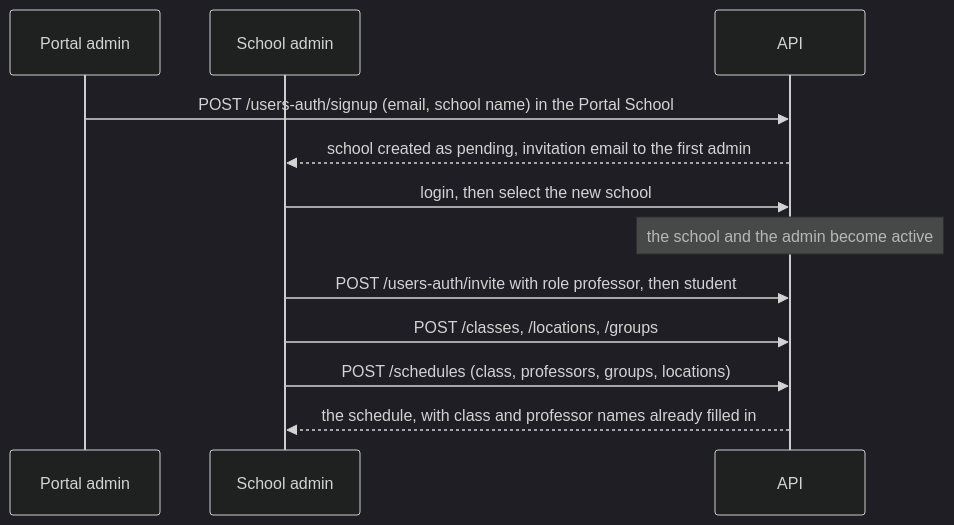
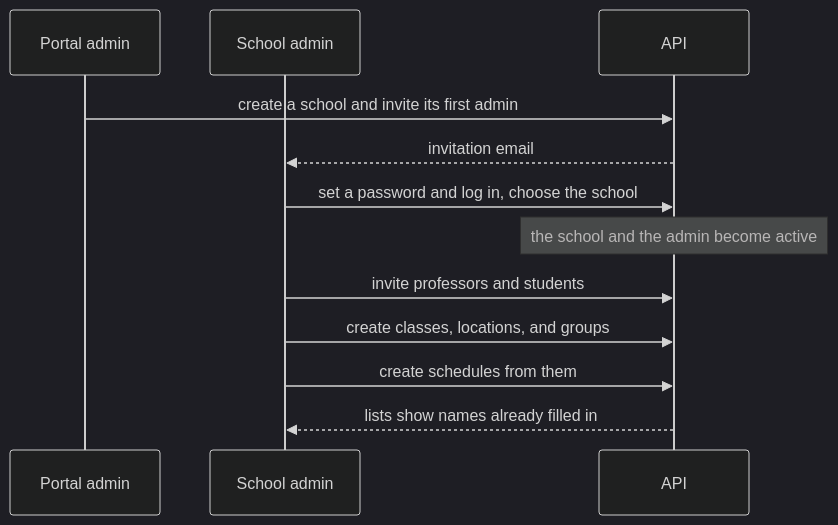
The eighth of 8 diagrams in README.md (herrcristi/small-nodejs-service), drawn with Mermaid (dark theme) before and after one commit. The commit also changed other lines of this file and 7 other files, not shown here.

````diff
--- a/README.md
+++ b/README.md
@@ -547,14 +217,14 @@
 ```mermaid
 sequenceDiagram
   participant PA as Portal admin
   participant AD as School admin
   participant API as API
-  PA->>API: POST /users-auth/signup (email, school name) in the Portal School
-  API-->>AD: school created as pending, invitation email to the first admin
-  AD->>API: login, then select the new school
+  PA->>API: create a school and invite its first admin
+  API-->>AD: invitation email
+  AD->>API: set a password and log in, choose the school
   Note over API: the school and the admin become active
-  AD->>API: POST /users-auth/invite with role professor, then student
-  AD->>API: POST /classes, /locations, /groups
-  AD->>API: POST /schedules (class, professors, groups, locations)
-  API-->>AD: the schedule, with class and professor names already filled in
+  AD->>API: invite professors and students
+  AD->>API: create classes, locations, and groups
+  AD->>API: create schedules from them
+  API-->>AD: lists show names already filled in
 ```
````
